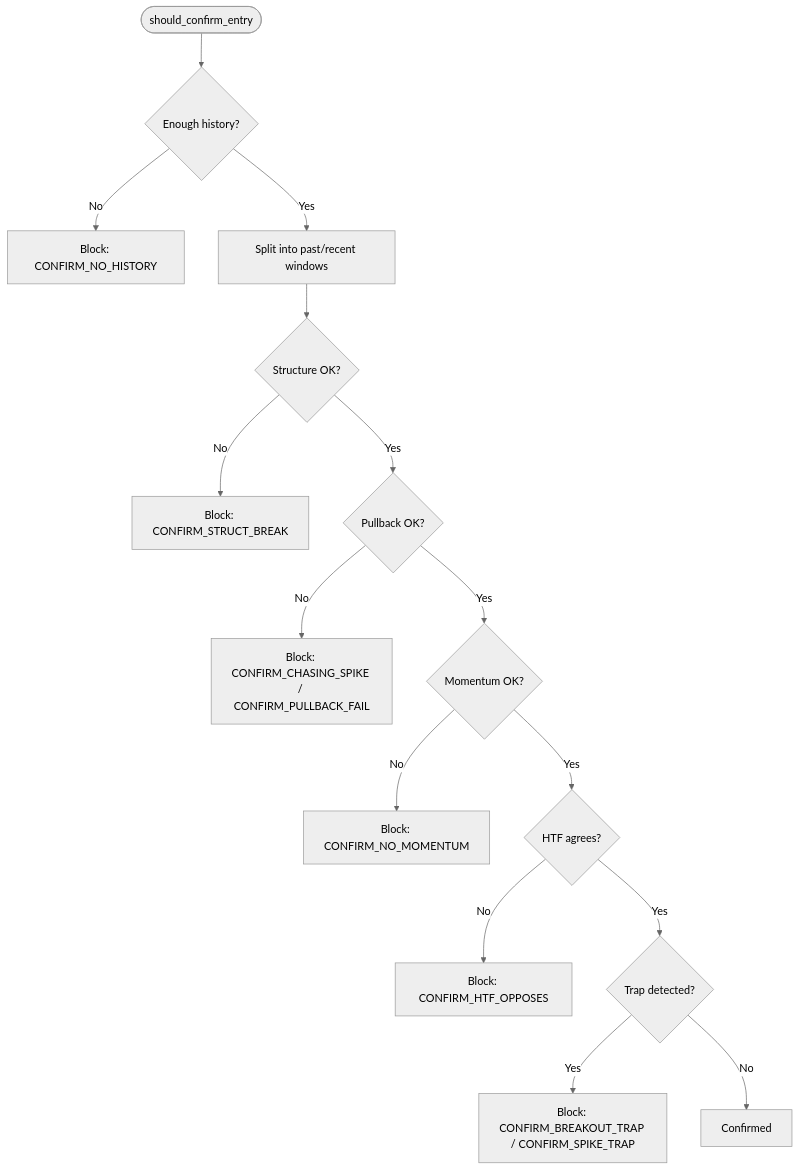
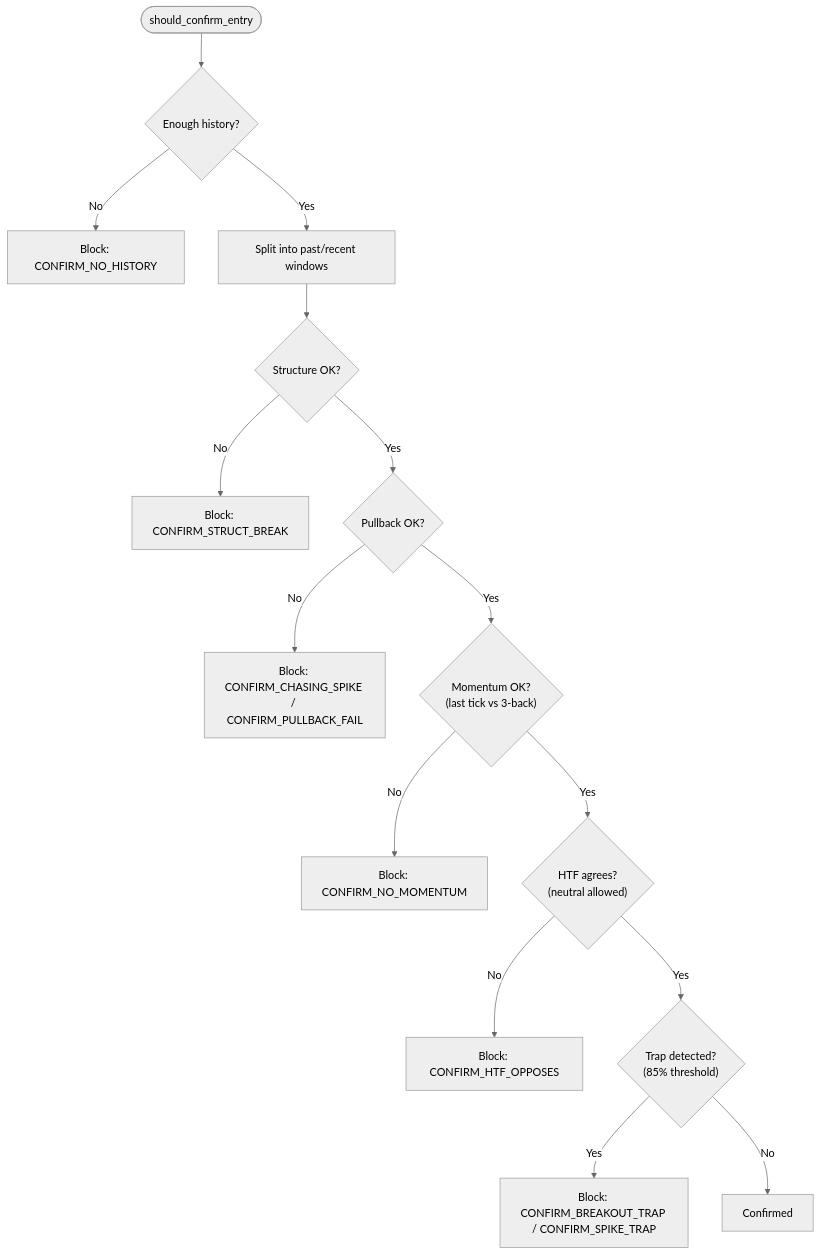
Before and after one commit to tauqeersiddiqui-art/tradingsystem: the fifth of 8 diagrams in .qoder/repowiki/en/content/Execution and Risk Management/Entry Quality Filter.md, drawn with Mermaid (neutral theme). The commit also changed other lines of this file and 63 other files, not shown here.

````diff
--- a/.qoder/repowiki/en/content/Execution and Risk Management/Entry Quality Filter.md
+++ b/.qoder/repowiki/en/content/Execution and Risk Management/Entry Quality Filter.md
@@ -217,17 +228,17 @@
 ```mermaid
 flowchart TD
 S(["should_confirm_entry"]) --> History{"Enough history?"}
 History -- No --> BlockHist["Block: CONFIRM_NO_HISTORY"]
 History -- Yes --> Windows["Split into past/recent windows"]
 Windows --> Struct{"Structure OK?"}
 Struct -- No --> BlockStruct["Block: CONFIRM_STRUCT_BREAK"]
 Struct -- Yes --> Pullback{"Pullback OK?"}
 Pullback -- No --> BlockPull["Block: CONFIRM_CHASING_SPIKE / CONFIRM_PULLBACK_FAIL"]
-Pullback -- Yes --> Mom{"Momentum OK?"}
+Pullback -- Yes --> Mom{"Momentum OK?<br/>(last tick vs 3-back)"}
 Mom -- No --> BlockMom["Block: CONFIRM_NO_MOMENTUM"]
-Mom -- Yes --> HTF{"HTF agrees?"}
+Mom -- Yes --> HTF{"HTF agrees?<br/>(neutral allowed)"}
 HTF -- No --> BlockHTF["Block: CONFIRM_HTF_OPPOSES"]
-HTF -- Yes --> Trap{"Trap detected?"}
+HTF -- Yes --> Trap{"Trap detected?<br/>(85% threshold)"}
 Trap -- Yes --> BlockTrap["Block: CONFIRM_BREAKOUT_TRAP / CONFIRM_SPIKE_TRAP"]
 Trap -- No --> Confirm["Confirmed"]
 ```
````
